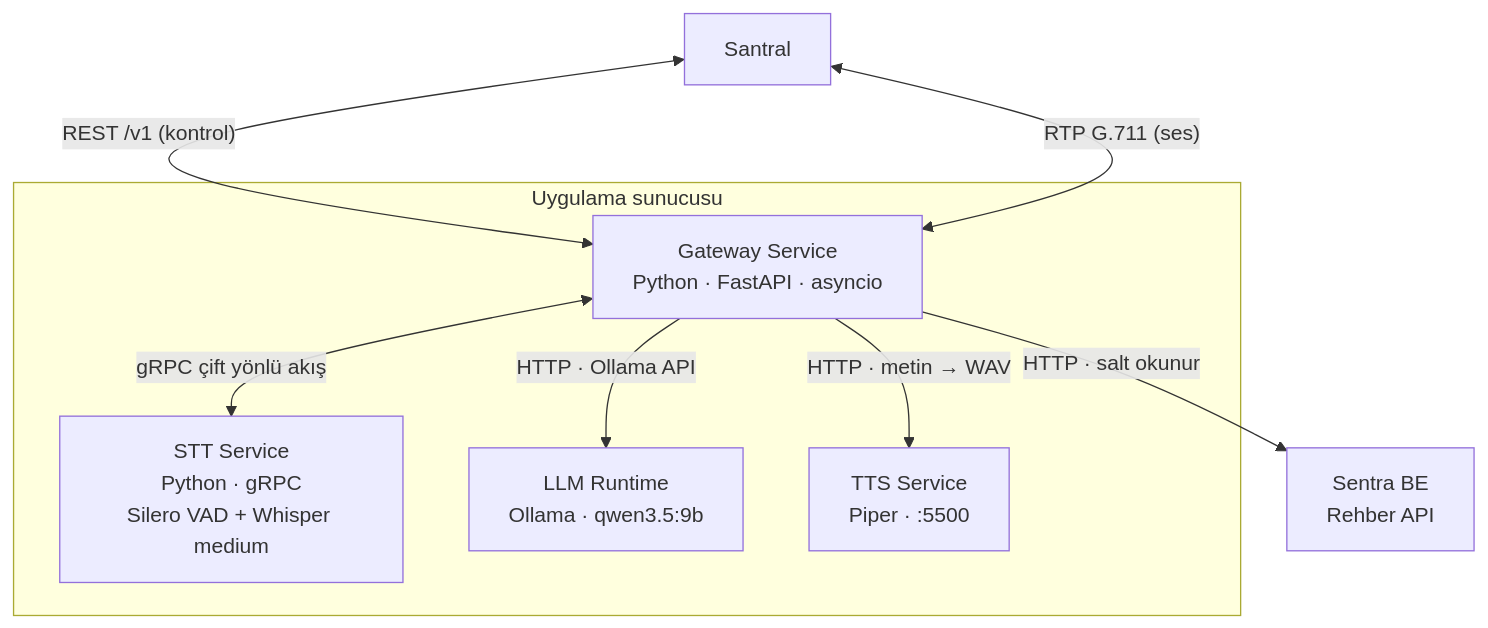
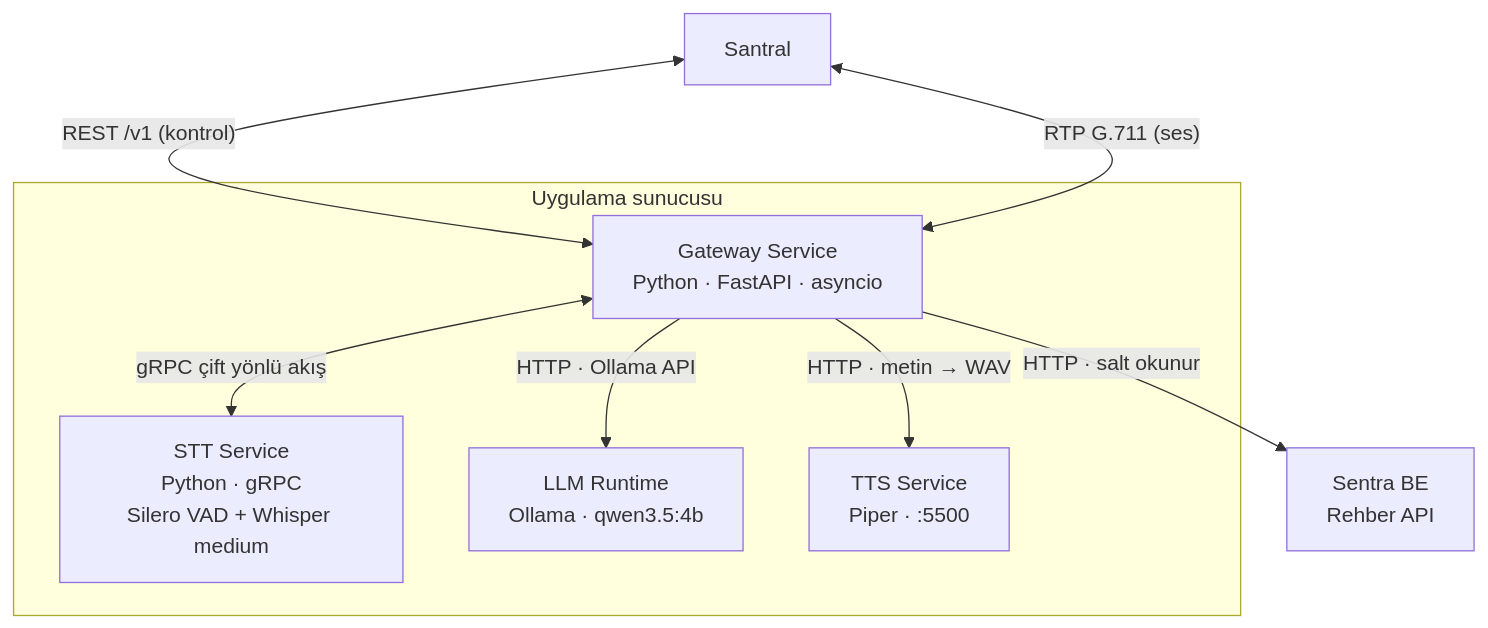
One commit to Tugbacevikk/sesli-asistan-gateway changed the second of 11 diagrams in docs/tasarim.md. Above: the diagram before and after it, drawn with Mermaid. The commit also changed other lines of this file and 10 other files, not shown here.

````diff
--- a/docs/tasarim.md
+++ b/docs/tasarim.md
@@ -201,20 +202,20 @@
 ```mermaid
 flowchart TB
     pbx[Santral]
 
     subgraph host[Uygulama sunucusu]
         gw[Gateway Service<br/>Python · FastAPI · asyncio]
         stt[STT Service<br/>Python · gRPC<br/>Silero VAD + Whisper medium]
-        llm[LLM Runtime<br/>Ollama · qwen3.5:9b]
+        llm[LLM Runtime<br/>Ollama · qwen3.5:4b]
         tts[TTS Service<br/>Piper · :5500]
     end
 
     sentra[Sentra BE<br/>Rehber API]
 
     pbx <-- "REST /v1 (kontrol)" --> gw
     pbx <-- "RTP G.711 (ses)" --> gw
     gw <-- "gRPC çift yönlü akış" --> stt
     gw -- "HTTP · Ollama API" --> llm
     gw -- "HTTP · metin → WAV" --> tts
     gw -- "HTTP · salt okunur" --> sentra
 ```
````
